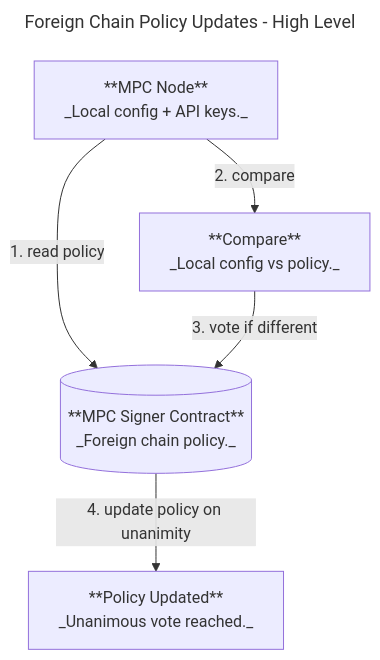
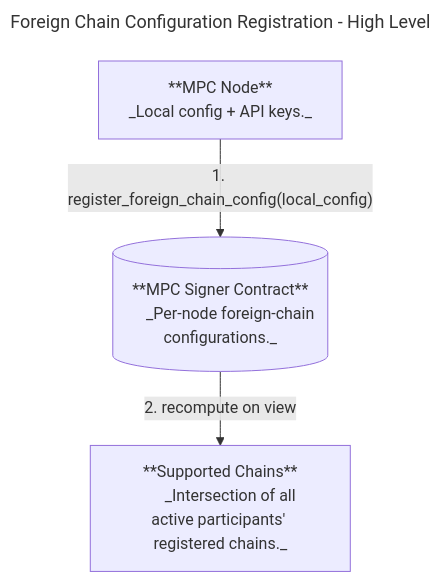
Before and after one commit to near/mpc: the second of 2 diagrams in docs/foreign-chain-transactions.md, drawn with Mermaid. The commit also changed other lines of this file, not shown here.

Commit message:
update doc for foreign chain transactions

````diff
--- a/docs/foreign-chain-transactions.md
+++ b/docs/foreign-chain-transactions.md
@@ -344,27 +348,21 @@
 ```mermaid
 ---
-title: Foreign Chain Policy Updates - High Level
+title: Foreign Chain Configuration Registration - High Level
 ---
 flowchart TD
     NODE["**MPC Node**
       _Local config + API keys._"]
 
     SC["**MPC Signer Contract**
-      _Foreign chain policy._"]
+      _Per-node foreign-chain configurations._"]
 
-    COMP["**Compare**
-      _Local config vs policy._"]
+    SUPPORTED["**Supported Chains**
+      _Intersection of all active participants' registered chains._"]
 
-    UPDATED["**Policy Updated**
-      _Unanimous vote reached._"]
-
-    NODE -->|"1. read policy"| SC
-    NODE -->|"2. compare"| COMP
-    COMP -->|"3. vote if different"| SC
-    SC -->|"4. update policy on unanimity"| UPDATED
+    NODE -->|"1. register_foreign_chain_config(local_config)"| SC
+    SC -->|"2. recompute on view"| SUPPORTED
 
     NODE@{ shape: proc}
     SC@{ shape: db}
-    COMP@{ shape: proc}
-    UPDATED@{ shape: proc}
+    SUPPORTED@{ shape: proc}
 ```
````
